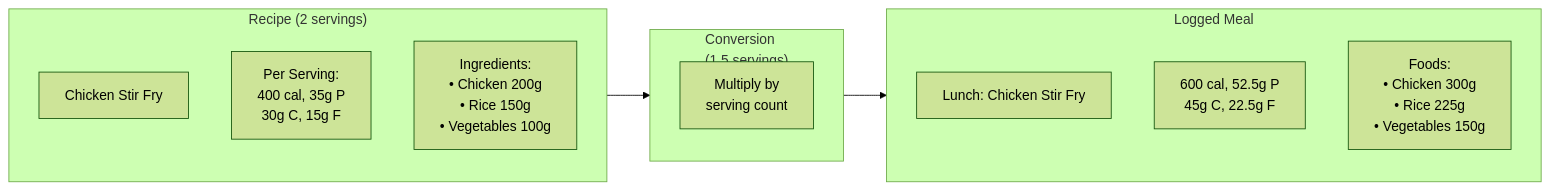
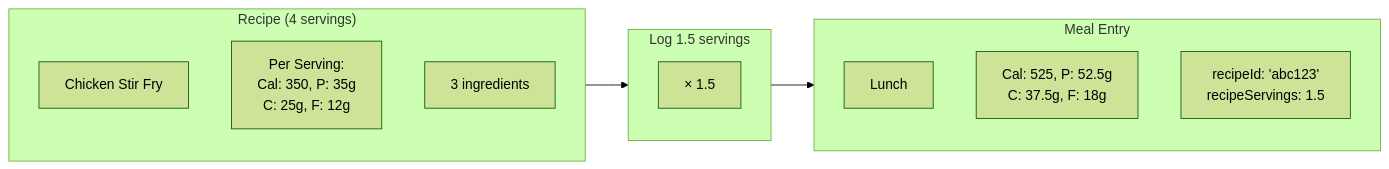
Before and after one commit to TimothyYao/meal-planning: diagram 18 of 26 in doc/recipes-design.md, drawn with Mermaid (forest theme). The commit also changed other lines of this file, not shown here.

````diff
--- a/doc/recipes-design.md
+++ b/doc/recipes-design.md
@@ -353,21 +576,21 @@
 ```mermaid
 flowchart LR
-    subgraph Recipe["Recipe (2 servings)"]
-        R_Name["Chicken Stir Fry"]
-        R_Macros["Per Serving:<br/>400 cal, 35g P<br/>30g C, 15g F"]
-        R_Ingredients["Ingredients:<br/>• Chicken 200g<br/>• Rice 150g<br/>• Vegetables 100g"]
+    subgraph Recipe["Recipe (4 servings)"]
+        R_Meta["Chicken Stir Fry"]
+        R_Macros["Per Serving:<br/>Cal: 350, P: 35g<br/>C: 25g, F: 12g"]
+        R_Ingredients["3 ingredients"]
     end
     
-    subgraph Conversion["Conversion<br/>(1.5 servings)"]
-        Multiply["Multiply by<br/>serving count"]
+    subgraph Conversion["Log 1.5 servings"]
+        Multiply["× 1.5"]
     end
     
-    subgraph Meal["Logged Meal"]
-        M_Name["Lunch: Chicken Stir Fry"]
-        M_Macros["600 cal, 52.5g P<br/>45g C, 22.5g F"]
-        M_Foods["Foods:<br/>• Chicken 300g<br/>• Rice 225g<br/>• Vegetables 150g"]
+    subgraph Meal["Meal Entry"]
+        M_Name["Lunch"]
+        M_Macros["Cal: 525, P: 52.5g<br/>C: 37.5g, F: 18g"]
+        M_Ref["recipeId: 'abc123'<br/>recipeServings: 1.5"]
     end
     
     Recipe --> Conversion
     Conversion --> Meal
 ```
````
